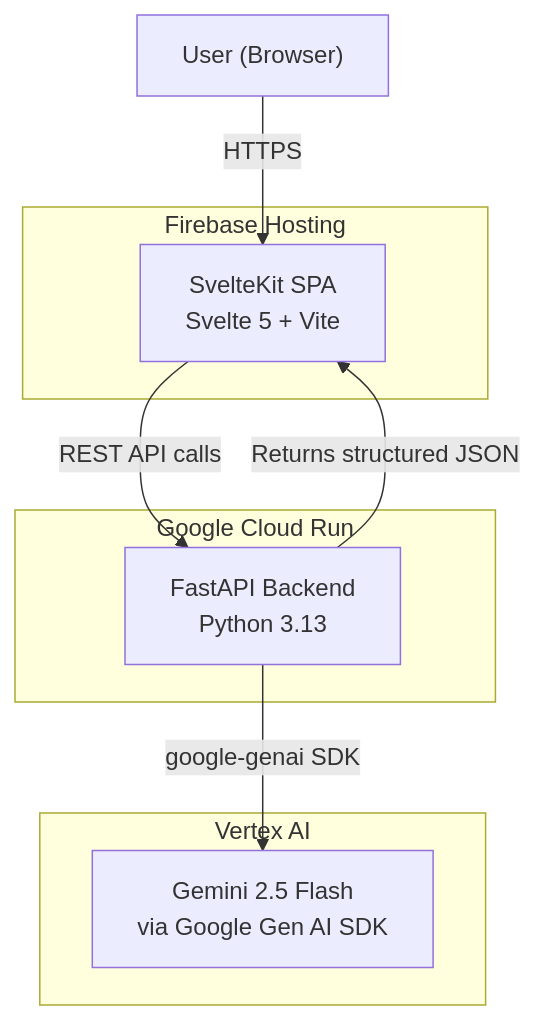
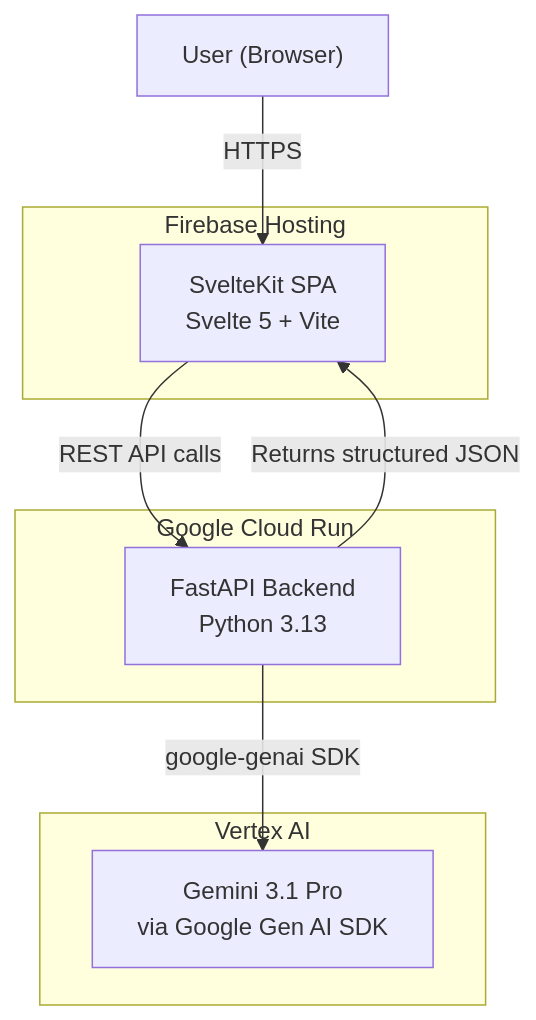
One commit to jking-ai/synthetic-student-generator changed the first of 2 diagrams in docs/architecture.md. Above: the diagram before and after it, drawn with Mermaid. The commit also changed other lines of this file and 7 other files, not shown here.

First line of the commit message:
Upgrade Gemini model to 3.1 Pro preview for stronger persona reasoning

````diff
--- a/docs/architecture.md
+++ b/docs/architecture.md
@@ -5,21 +5,21 @@
 ```mermaid
 graph TB
     User["User (Browser)"]
 
     subgraph "Firebase Hosting"
         FE["SvelteKit SPA<br/>Svelte 5 + Vite"]
     end
 
     subgraph "Google Cloud Run"
         API["FastAPI Backend<br/>Python 3.13"]
     end
 
     subgraph "Vertex AI"
-        Gemini["Gemini 2.5 Flash<br/>via Google Gen AI SDK"]
+        Gemini["Gemini 3.1 Pro<br/>via Google Gen AI SDK"]
     end
 
     User -->|"HTTPS"| FE
     FE -->|"REST API calls"| API
     API -->|"google-genai SDK"| Gemini
     API -->|"Returns structured JSON"| FE
 ```
````
